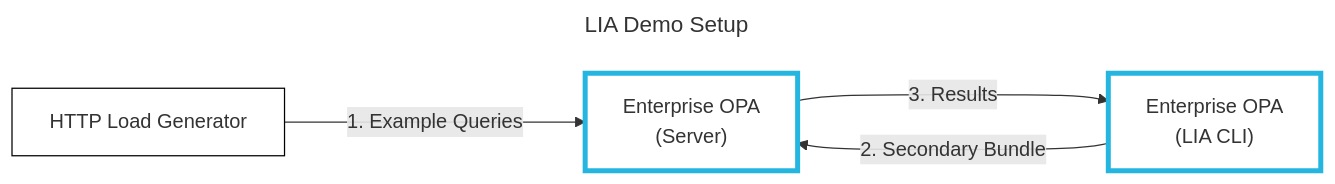
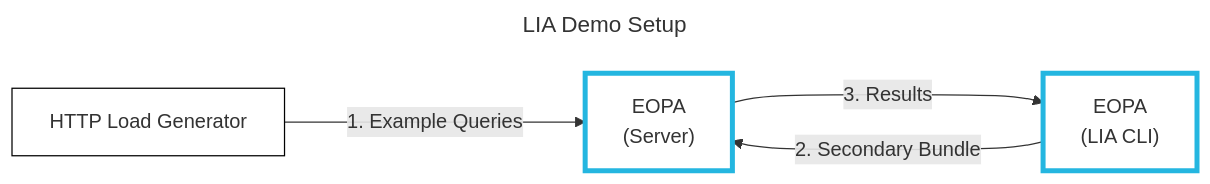
One commit to open-policy-agent/eopa changed the diagram in docs/enterprise-opa/tutorials/testing/live-impact-analysis.md. Above: the diagram before and after it, drawn with Mermaid. The commit also changed other lines of this file and 78 other files, not shown here.

Commit message:
docs: Change "Enterprise OPA" -> "EOPA"

````diff
--- a/docs/enterprise-opa/tutorials/testing/live-impact-analysis.md
+++ b/docs/enterprise-opa/tutorials/testing/live-impact-analysis.md
@@ -21,12 +21,12 @@
 ```mermaid
 ---
 title: LIA Demo Setup
 ---
 flowchart LR
-    http["HTTP Load Generator"] -- 1. Example Queries ---> enterprise-opa["Enterprise OPA\n(Server)"]
+    http["HTTP Load Generator"] -- 1. Example Queries ---> enterprise-opa["EOPA\n(Server)"]
     enterprise-opa -- 3. Results ---> liacli
-    liacli["Enterprise OPA\n(LIA CLI)"] -- 2. Secondary Bundle ---> enterprise-opa
+    liacli["EOPA\n(LIA CLI)"] -- 2. Secondary Bundle ---> enterprise-opa
     style enterprise-opa fill:white,stroke:#24b6e0,stroke-width:4px
     style liacli fill:white,stroke:#24b6e0,stroke-width:4px
     style http fill:white,stroke:black,stroke-width:1px
 ```
````
